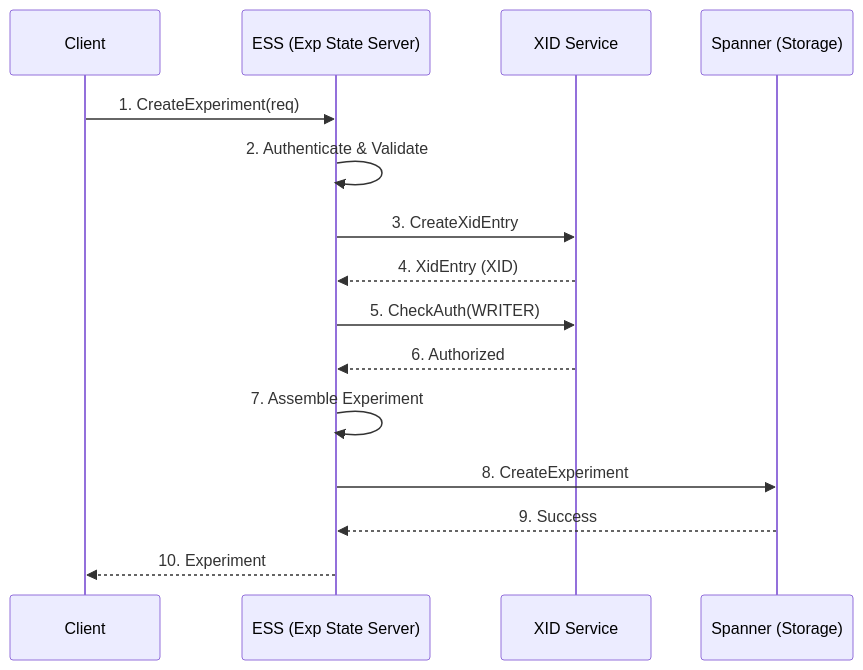
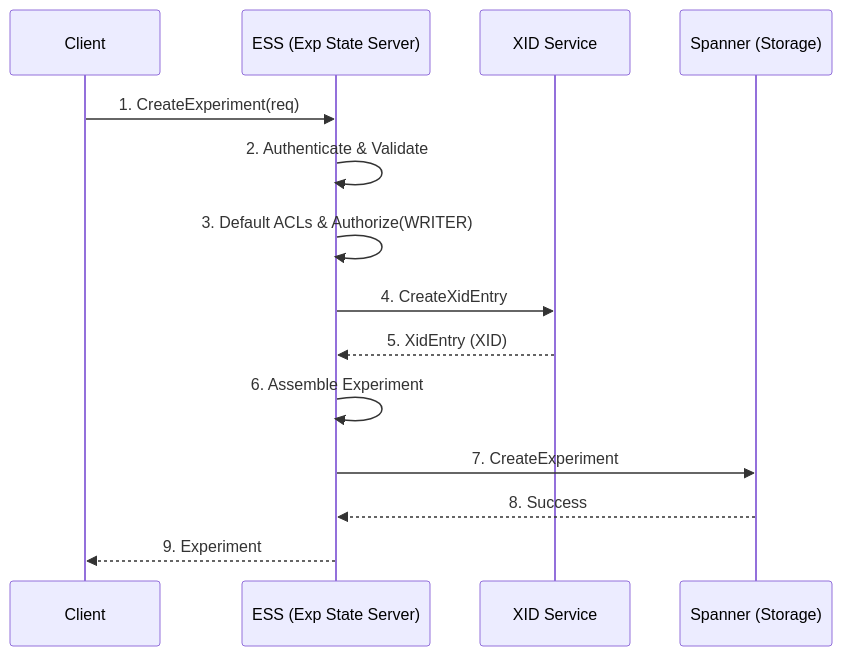
One commit to google/xmc changed the first of 4 diagrams in docs/flows/experiment_lifecycle.md. Above: the diagram before and after it, drawn with Mermaid. The commit also changed other lines of this file and 8 other files, not shown here.

````diff
--- a/docs/flows/experiment_lifecycle.md
+++ b/docs/flows/experiment_lifecycle.md
@@ -14,18 +14,17 @@
 ```mermaid
 sequenceDiagram
     participant Client
     participant ESS as ESS (Exp State Server)
     participant XID as XID Service
     participant Spanner as Spanner (Storage)
 
     Client->>ESS: 1. CreateExperiment(req)
     ESS->>ESS: 2. Authenticate & Validate
-    ESS->>XID: 3. CreateXidEntry
-    XID-->>ESS: 4. XidEntry (XID)
-    ESS->>XID: 5. CheckAuth(WRITER)
-    XID-->>ESS: 6. Authorized
-    ESS->>ESS: 7. Assemble Experiment
-    ESS->>Spanner: 8. CreateExperiment
-    Spanner-->>ESS: 9. Success
-    ESS-->>Client: 10. Experiment
+    ESS->>ESS: 3. Default ACLs & Authorize(WRITER)
+    ESS->>XID: 4. CreateXidEntry
+    XID-->>ESS: 5. XidEntry (XID)
+    ESS->>ESS: 6. Assemble Experiment
+    ESS->>Spanner: 7. CreateExperiment
+    Spanner-->>ESS: 8. Success
+    ESS-->>Client: 9. Experiment
 ```
````
